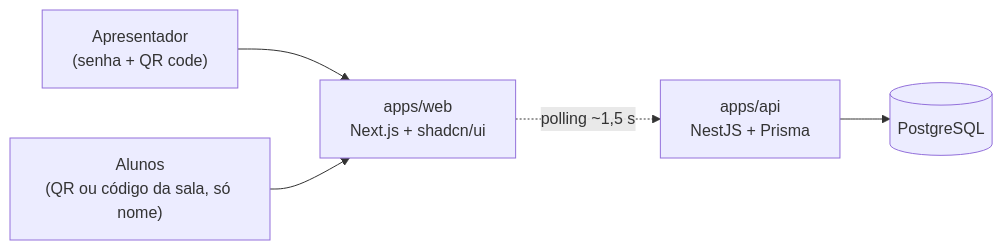
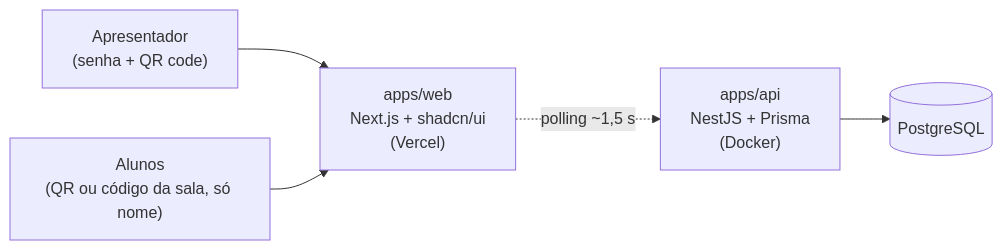
Before and after one commit to Frombull/cathoot: the first of 2 diagrams in docs/arquitetura.md, drawn with Mermaid. The commit also changed other lines of this file and 33 other files, not shown here.

````diff
--- a/docs/arquitetura.md
+++ b/docs/arquitetura.md
@@ -5,13 +5,13 @@
 ```mermaid
 flowchart LR
     APR["Apresentador<br/>(senha + QR code)"]
     ALU["Alunos<br/>(QR ou código da sala, só nome)"]
-    WEB["apps/web<br/>Next.js + shadcn/ui"]
-    API["apps/api<br/>NestJS + Prisma"]
+    WEB["apps/web<br/>Next.js + shadcn/ui<br/>(Vercel)"]
+    API["apps/api<br/>NestJS + Prisma<br/>(Docker)"]
     DB[("PostgreSQL")]
 
     APR --> WEB
     ALU --> WEB
     WEB -. "polling ~1,5 s" .-> API
     API --> DB
 ```
````
